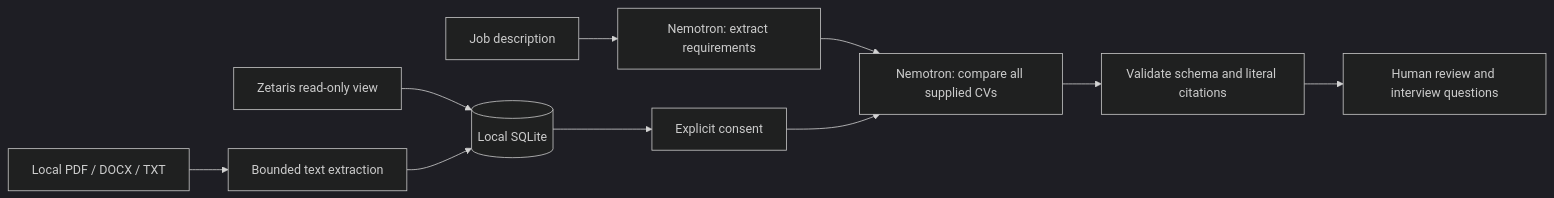
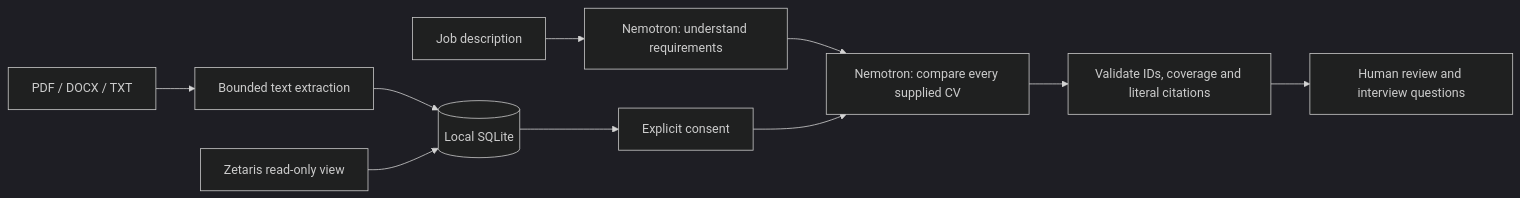
The diagram in README.md (oveun-software/hackaton), drawn with Mermaid (dark theme) before and after one commit. The commit also changed other lines of this file and 30 other files, not shown here.

````diff
--- a/README.md
+++ b/README.md
@@ -67,12 +81,12 @@
 ```mermaid
 flowchart LR
-  A[Local PDF / DOCX / TXT] --> B[Bounded text extraction]
-  Z[Zetaris read-only view] --> C[(Local SQLite)]
-  B --> C
-  J[Job description] --> N[Nemotron: extract requirements]
-  C --> P[Explicit consent]
-  N --> R[Nemotron: compare all supplied CVs]
-  P --> R
-  R --> V[Validate schema and literal citations]
+  F[PDF / DOCX / TXT] --> E[Bounded text extraction]
+  E --> D[(Local SQLite)]
+  Z[Zetaris read-only view] --> D
+  J[Job description] --> N[Nemotron: understand requirements]
+  D --> C[Explicit consent]
+  N --> A[Nemotron: compare every supplied CV]
+  C --> A
+  A --> V[Validate IDs, coverage and literal citations]
   V --> H[Human review and interview questions]
 ```
````
